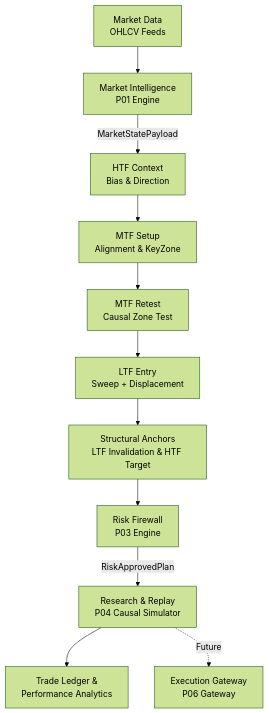
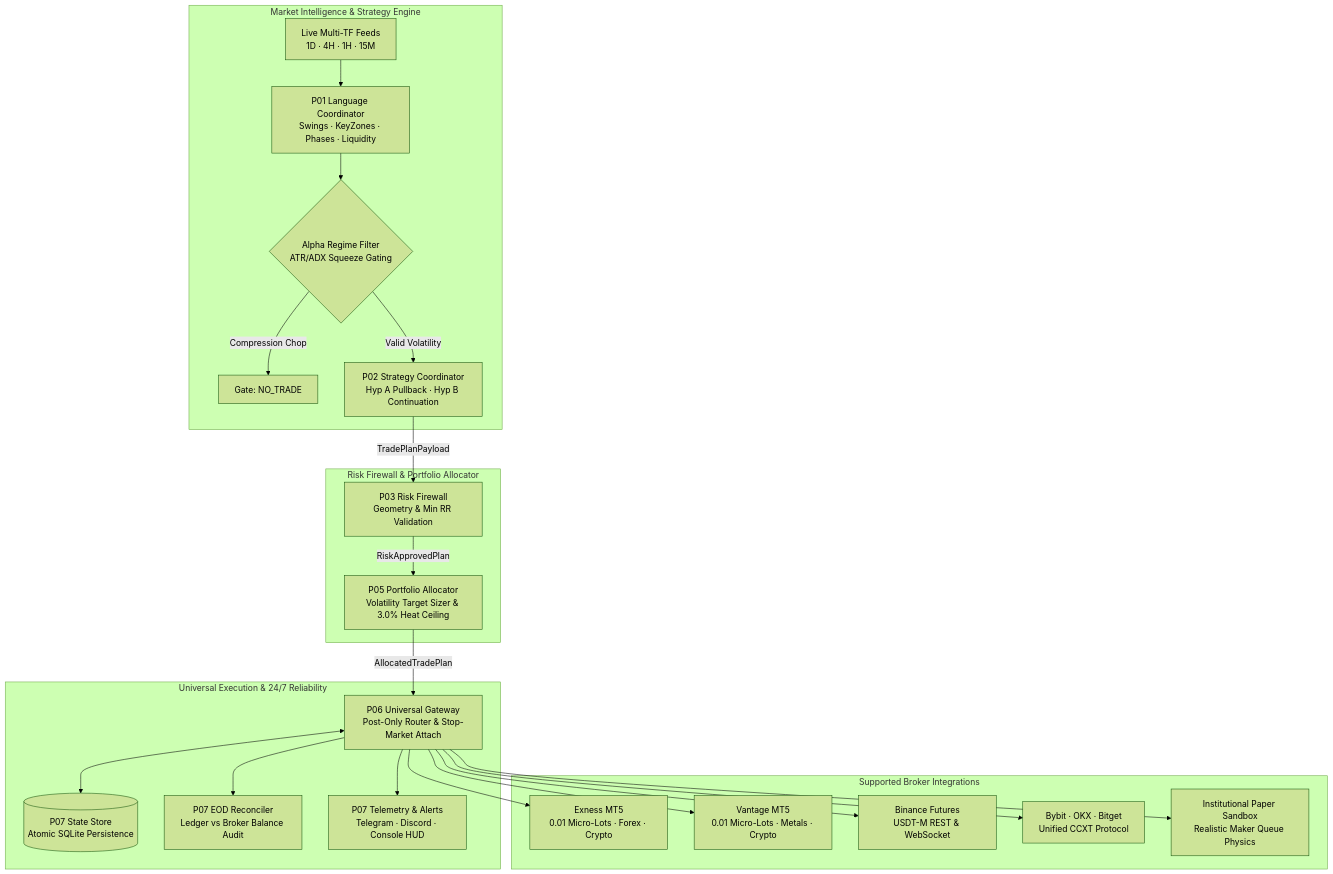
One commit to Quantitative-Systems/crypto-platform changed the diagram in README.md. Above: the diagram before and after it, drawn with Mermaid (forest theme). The commit also changed other lines of this file, not shown here.

Commit message:
docs: upgrade README to institutional standard with P01-P07 stack, backtest matrix, and universal broker deployment

````diff
--- a/README.md
+++ b/README.md
@@ -18,13 +24,29 @@
 ```mermaid
 flowchart TD
-    MD[Market Data<br/>OHLCV Feeds] --> P01[Market Intelligence<br/>P01 Engine]
-    P01 -->|MarketStatePayload| HTF[HTF Context<br/>Bias & Direction]
-    HTF --> MTF_S[MTF Setup<br/>Alignment & KeyZone]
-    MTF_S --> MTF_R[MTF Retest<br/>Causal Zone Test]
-    MTF_R --> LTF_E[LTF Entry<br/>Sweep + Displacement]
-    LTF_E --> ANCH[Structural Anchors<br/>LTF Invalidation & HTF Target]
-    ANCH --> P03[Risk Firewall<br/>P03 Engine]
-    P03 -->|RiskApprovedPlan| SIM[Research & Replay<br/>P04 Causal Simulator]
-    SIM --> LEDGER[Trade Ledger &<br/>Performance Analytics]
-    SIM -.->|Future| EXEC[Execution Gateway<br/>P06 Gateway]
+    subgraph P01_P02 [Market Intelligence & Strategy Engine]
+        FEEDS[Live Multi-TF Feeds<br/>1D · 4H · 1H · 15M] --> P01[P01 Language Coordinator<br/>Swings · KeyZones · Phases · Liquidity]
+        P01 --> REGIME{Alpha Regime Filter<br/>ATR/ADX Squeeze Gating}
+        REGIME -->|Compression Chop| REJECT[Gate: NO_TRADE]
+        REGIME -->|Valid Volatility| P02[P02 Strategy Coordinator<br/>Hyp A Pullback · Hyp B Continuation]
+    end
+
+    subgraph P03_P05 [Risk Firewall & Portfolio Allocator]
+        P02 -->|TradePlanPayload| P03[P03 Risk Firewall<br/>Geometry & Min RR Validation]
+        P03 -->|RiskApprovedPlan| P05[P05 Portfolio Allocator<br/>Volatility Target Sizer & 3.0% Heat Ceiling]
+    end
+
+    subgraph P06_P07 [Universal Execution & 24/7 Reliability]
+        P05 -->|AllocatedTradePlan| P06[P06 Universal Gateway<br/>Post-Only Router & Stop-Market Attach]
+        P06 <--> STORE[(P07 State Store<br/>Atomic SQLite Persistence)]
+        P06 --> RECON[P07 EOD Reconciler<br/>Ledger vs Broker Balance Audit]
+        P06 --> ALERT[P07 Telemetry & Alerts<br/>Telegram · Discord · Console HUD]
+    end
+
+    subgraph Brokers [Supported Broker Integrations]
+        P06 --> EXNESS[Exness MT5<br/>0.01 Micro-Lots · Forex · Crypto]
+        P06 --> VANTAGE[Vantage MT5<br/>0.01 Micro-Lots · Metals · Crypto]
+        P06 --> BINANCE[Binance Futures<br/>USDT-M REST & WebSocket]
+        P06 --> CCXT[Bybit · OKX · Bitget<br/>Unified CCXT Protocol]
+        P06 --> PAPER[Institutional Paper Sandbox<br/>Realistic Maker Queue Physics]
+    end
 ```
````
